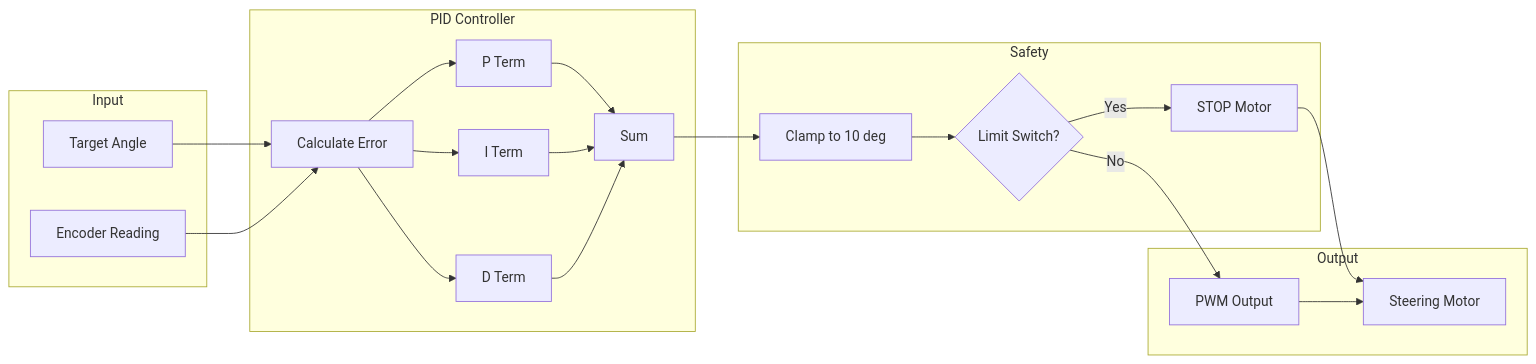
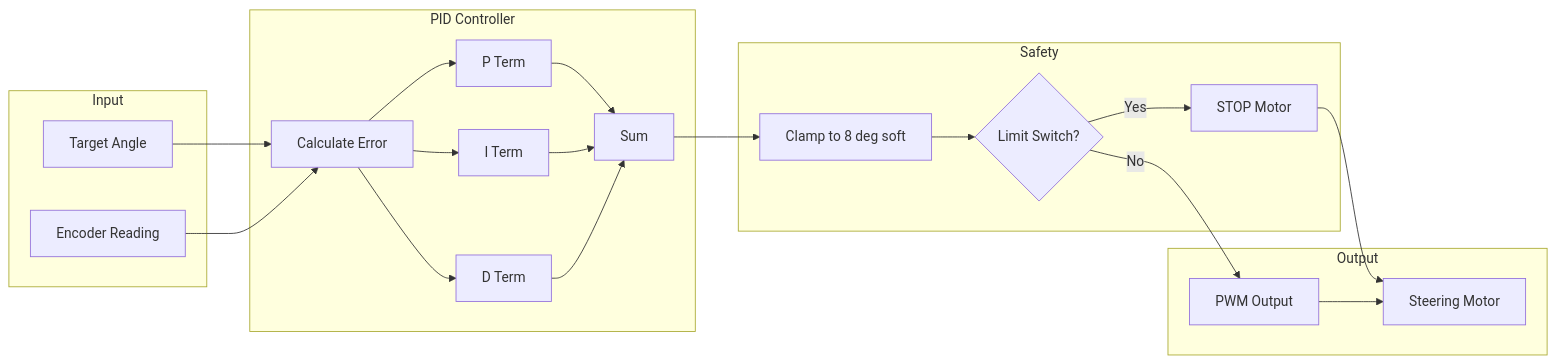
Before and after one commit to KashmeeraTT/Ackerman_UGV: diagram 11 of 13 in SYSTEM_DOCUMENTATION.md, drawn with Mermaid. The commit also changed other lines of this file and 11 other files, not shown here.

Commit message:
feat: Implement dynamic steering calibration, refactor controller architecture by removing old headers, and adjust firmware publishing rates.

````diff
--- a/SYSTEM_DOCUMENTATION.md
+++ b/SYSTEM_DOCUMENTATION.md
@@ -499,41 +529,41 @@
 ```mermaid
 flowchart LR
     subgraph Input[Input]
         TARGET[Target Angle]
         ENCODER[Encoder Reading]
     end
     
     subgraph PID[PID Controller]
         ERROR[Calculate Error]
         P[P Term]
         I[I Term]
         D[D Term]
         SUM[Sum]
     end
     
     subgraph Safety[Safety]
-        CLAMP[Clamp to 10 deg]
+        CLAMP[Clamp to 8 deg soft]
         LIMIT{Limit Switch?}
         STOP[STOP Motor]
     end
     
     subgraph Output[Output]
         PWM[PWM Output]
         MOTOR[Steering Motor]
     end
     
     TARGET --> ERROR
     ENCODER --> ERROR
     ERROR --> P
     ERROR --> I
     ERROR --> D
     P --> SUM
     I --> SUM
     D --> SUM
     SUM --> CLAMP
     CLAMP --> LIMIT
     LIMIT -->|Yes| STOP
     LIMIT -->|No| PWM
     STOP --> MOTOR
     PWM --> MOTOR
 ```
````
